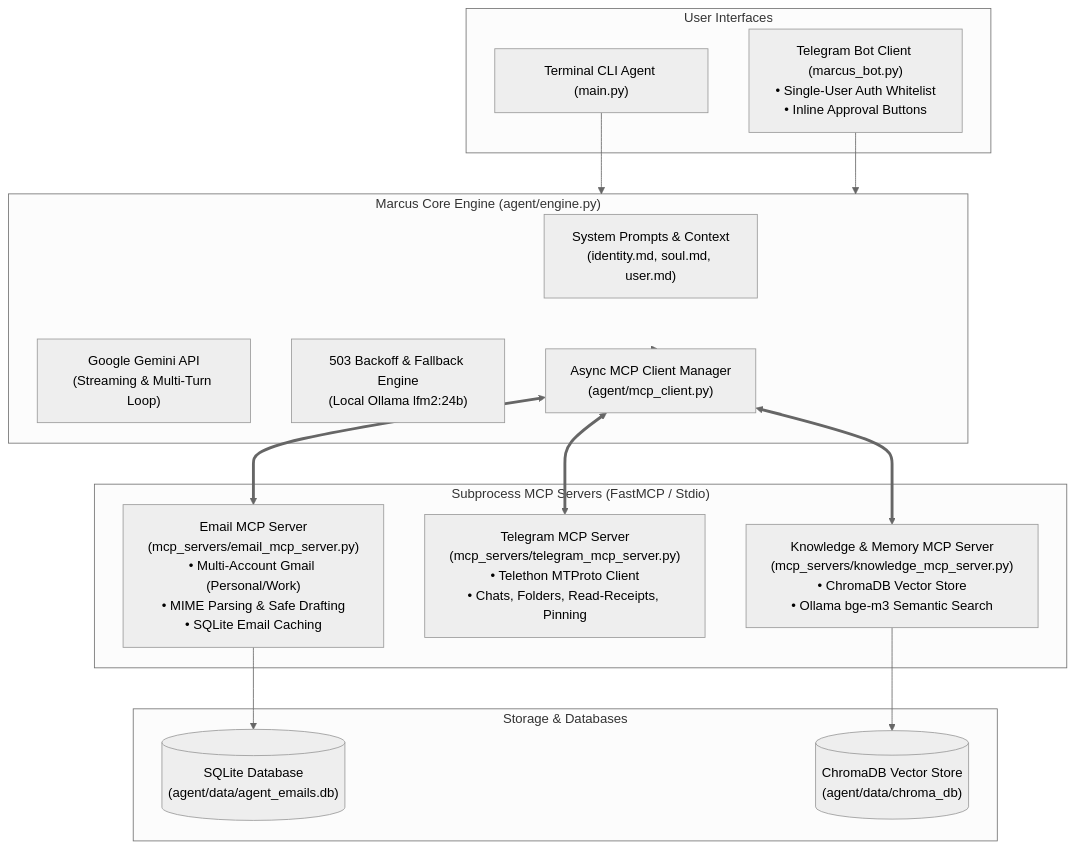
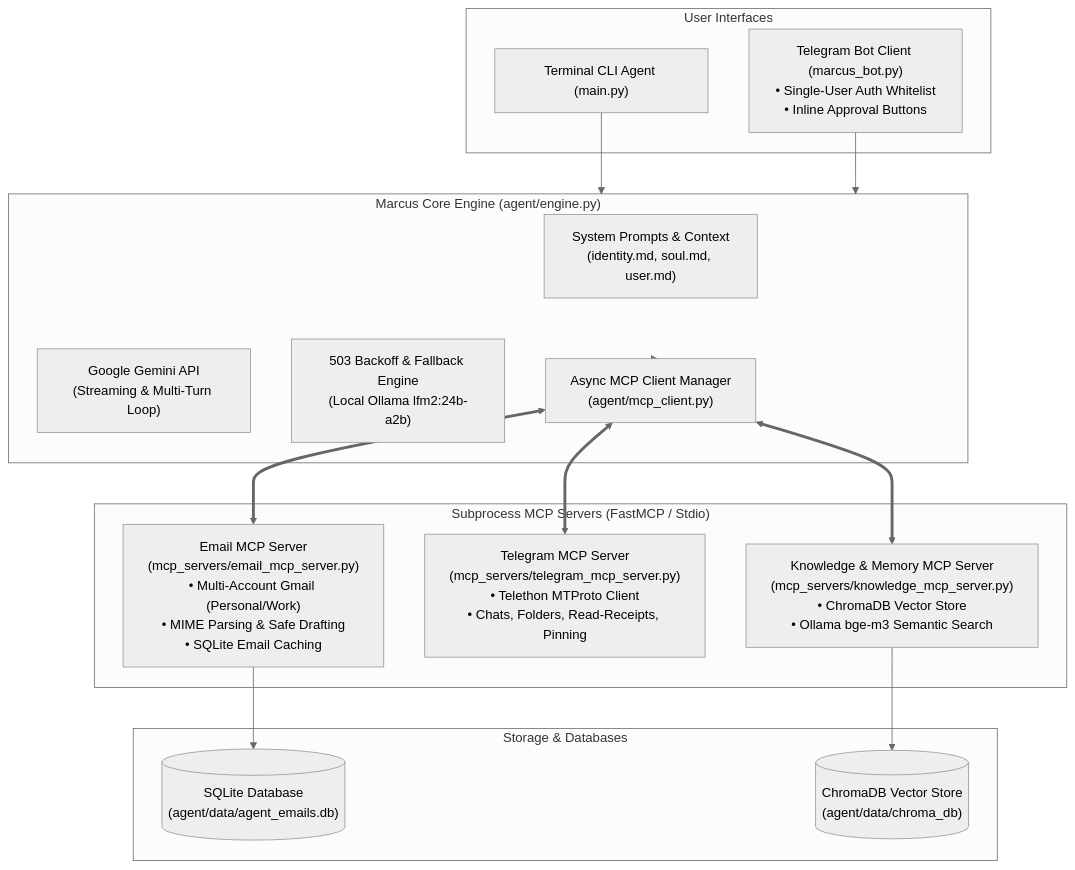
One commit to TheTymur/MarcusAI changed the diagram in README.md. Above: the diagram before and after it, drawn with Mermaid (neutral theme). The commit also changed other lines of this file and 2 other files, not shown here.

````diff
--- a/README.md
+++ b/README.md
@@ -16,34 +16,34 @@
 ```mermaid
 flowchart TD
     subgraph Clients["User Interfaces"]
         CLI["Terminal CLI Agent (main.py)"]
         TGBot["Telegram Bot Client (marcus_bot.py)<br/>• Single-User Auth Whitelist<br/>• Inline Approval Buttons"]
     end
 
     subgraph CoreEngine["Marcus Core Engine (agent/engine.py)"]
         PromptEngine["System Prompts & Context<br/>(identity.md, soul.md, user.md)"]
         LLM["Google Gemini API<br/>(Streaming & Multi-Turn Loop)"]
-        Retry["503 Backoff & Fallback Engine<br/>(Local Ollama lfm2:24b)"]
+        Retry["503 Backoff & Fallback Engine<br/>(Local Ollama lfm2:24b-a2b)"]
         MCPManager["Async MCP Client Manager<br/>(agent/mcp_client.py)"]
     end
 
     subgraph MCPServers["Subprocess MCP Servers (FastMCP / Stdio)"]
         EmailServer["Email MCP Server<br/>(mcp_servers/email_mcp_server.py)<br/>• Multi-Account Gmail (Personal/Work)<br/>• MIME Parsing & Safe Drafting<br/>• SQLite Email Caching"]
         TelegramServer["Telegram MCP Server<br/>(mcp_servers/telegram_mcp_server.py)<br/>• Telethon MTProto Client<br/>• Chats, Folders, Read-Receipts, Pinning"]
         KnowledgeServer["Knowledge & Memory MCP Server<br/>(mcp_servers/knowledge_mcp_server.py)<br/>• ChromaDB Vector Store<br/>• Ollama bge-m3 Semantic Search"]
     end
 
     subgraph Persistence["Storage & Databases"]
         SQLiteDB[("SQLite Database<br/>(agent/data/agent_emails.db)")]
         ChromaStore[("ChromaDB Vector Store<br/>(agent/data/chroma_db)")]
     end
 
     CLI --> CoreEngine
     TGBot --> CoreEngine
     CoreEngine --> MCPManager
     MCPManager <==> EmailServer
     MCPManager <==> TelegramServer
     MCPManager <==> KnowledgeServer
     EmailServer --> SQLiteDB
     KnowledgeServer --> ChromaStore
 ```
````
